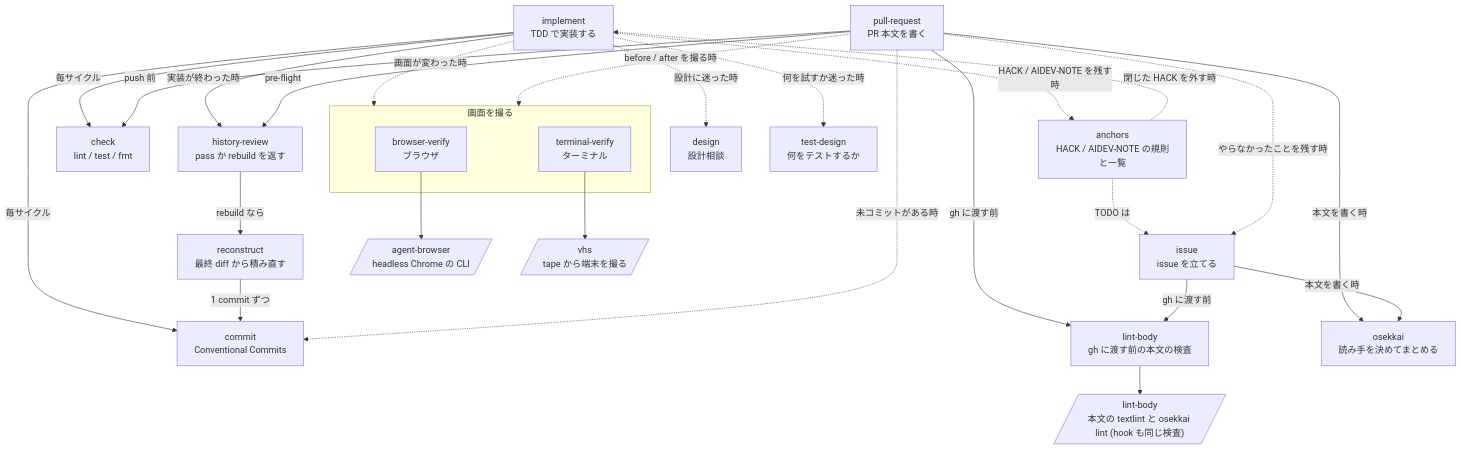
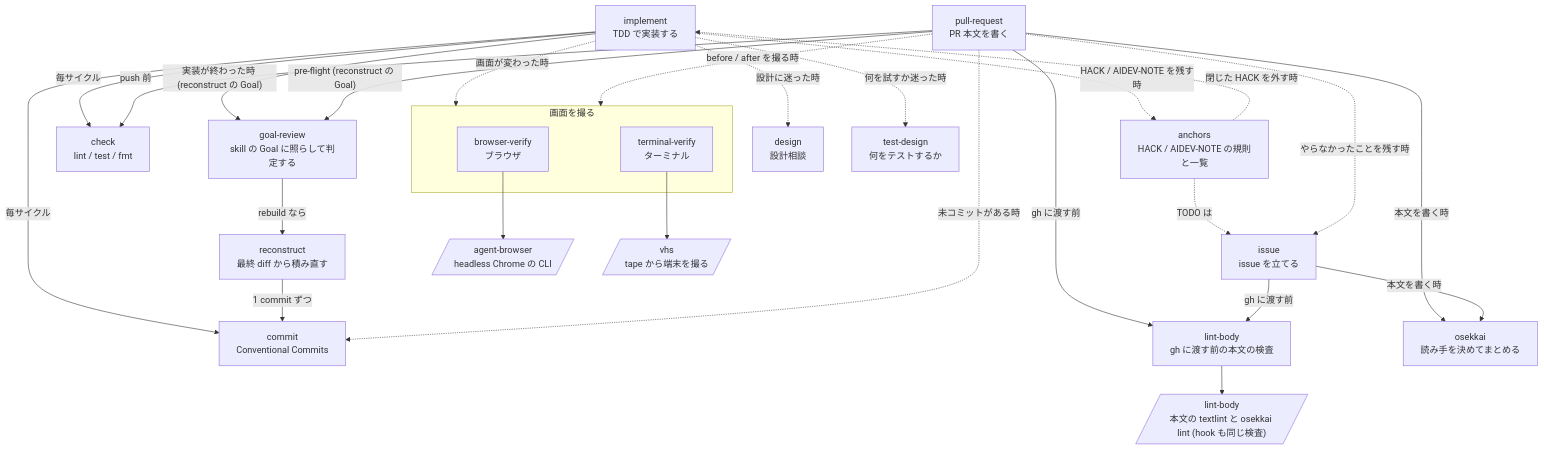
Before and after one commit to Xantibody/dotfiles: the first of 3 diagrams in configs/agents/README.md, drawn with Mermaid. The commit also changed other lines of this file and 8 other files, not shown here.

First line of the commit message:
refactor(agents): judge reconstruct's goal with goal-review

````diff
--- a/configs/agents/README.md
+++ b/configs/agents/README.md
@@ -15,46 +15,46 @@
 ```mermaid
 flowchart TD
   implement["implement<br/>TDD で実装する"]
   check["check<br/>lint / test / fmt"]
   commit["commit<br/>Conventional Commits"]
-  hr["history-review<br/>pass か rebuild を返す"]
+  gr["goal-review<br/>skill の Goal に照らして判定する"]
   reconstruct["reconstruct<br/>最終 diff から積み直す"]
   pr["pull-request<br/>PR 本文を書く"]
   issue["issue<br/>issue を立てる"]
   lbskill["lint-body<br/>gh に渡す前の本文の検査"]
   osekkai["osekkai<br/>読み手を決めてまとめる"]
   subgraph shot ["画面を撮る"]
     bv["browser-verify<br/>ブラウザ"]
     tv["terminal-verify<br/>ターミナル"]
   end
   anchors["anchors<br/>HACK / AIDEV-NOTE の規則と一覧"]
   design["design<br/>設計相談"]
   testdesign["test-design<br/>何をテストするか"]
   ab[/"agent-browser<br/>headless Chrome の CLI"/]
   vhs[/"vhs<br/>tape から端末を撮る"/]
   lint[/"lint-body<br/>本文の textlint と osekkai lint (hook も同じ検査)"/]
 
   implement -->|"毎サイクル"| check
   implement -->|"毎サイクル"| commit
-  implement -->|"実装が終わった時"| hr
+  implement -->|"実装が終わった時 (reconstruct の Goal)"| gr
   implement -.->|"画面が変わった時"| shot
   implement -.->|"設計に迷った時"| design
   implement -.->|"何を試すか迷った時"| testdesign
   implement -.->|"HACK / AIDEV-NOTE を残す時"| anchors
   anchors -.->|"閉じた HACK を外す時"| implement
   anchors -.->|"TODO は"| issue
-  hr -->|"rebuild なら"| reconstruct
+  gr -->|"rebuild なら"| reconstruct
   reconstruct -->|"1 commit ずつ"| commit
-  pr -->|"pre-flight"| hr
+  pr -->|"pre-flight (reconstruct の Goal)"| gr
   pr -->|"push 前"| check
   pr -->|"本文を書く時"| osekkai
   pr -->|"gh に渡す前"| lbskill
   pr -.->|"未コミットがある時"| commit
   pr -.->|"before / after を撮る時"| shot
   pr -.->|"やらなかったことを残す時"| issue
   issue -->|"本文を書く時"| osekkai
   issue -->|"gh に渡す前"| lbskill
   lbskill --> lint
   bv --> ab
   tv --> vhs
 ```
````
